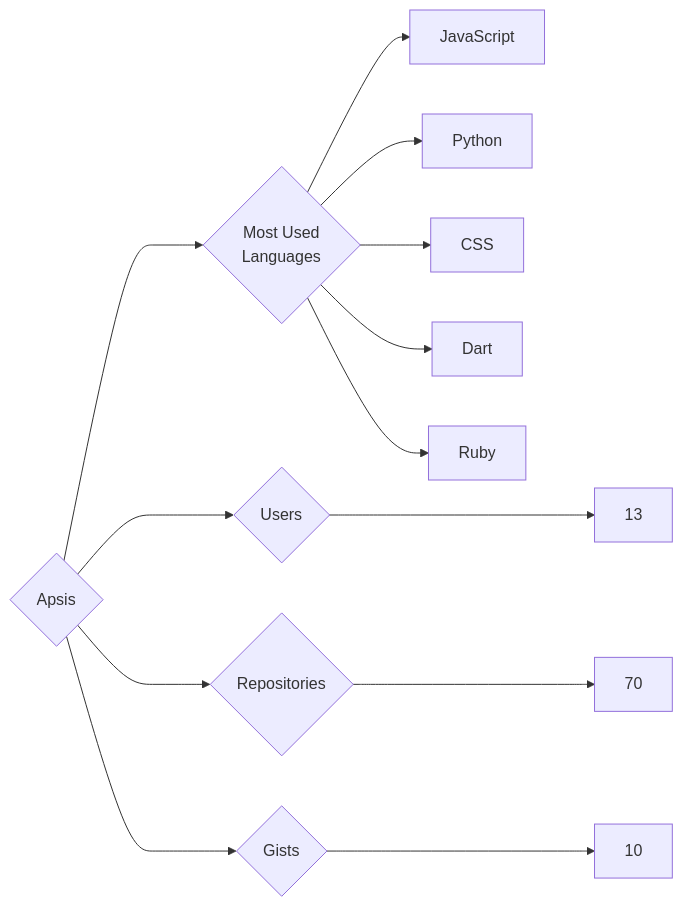
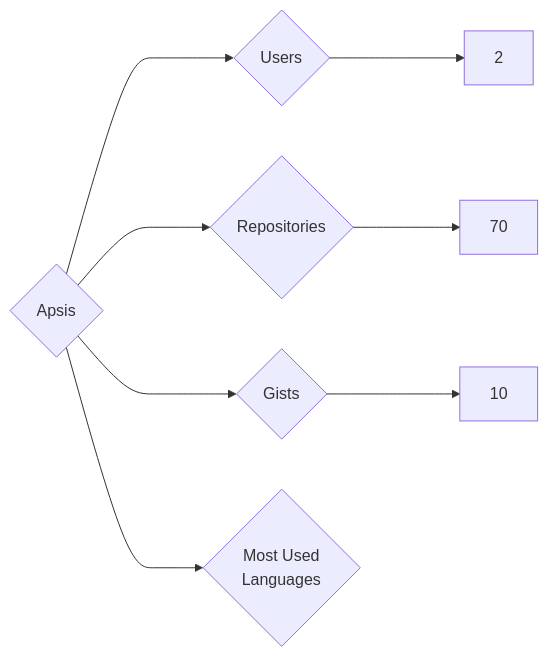
Before and after one commit to trickest/insiders: the diagram in targets/Apsis/README.md, drawn with Mermaid. The commit also changed 914 other files, not shown here.

````diff
--- a/targets/Apsis/README.md
+++ b/targets/Apsis/README.md
@@ -3,13 +3,8 @@
 ```mermaid
 graph LR
 COMPANY_NAME{Apsis}
-COMPANY_NAME ---> U{Users} ---> UN[13]
+COMPANY_NAME ---> U{Users} ---> UN[2]
 COMPANY_NAME ---> R{Repositories} ---> RN[70]
 COMPANY_NAME ---> G{Gists} ---> GN[10]
 COMPANY_NAME ---> ML{Most Used<br>Languages}
-ML --> JavaScript[JavaScript]
-ML --> Python[Python]
-ML --> CSS[CSS]
-ML --> Dart[Dart]
-ML --> Ruby[Ruby]
 ```
````
